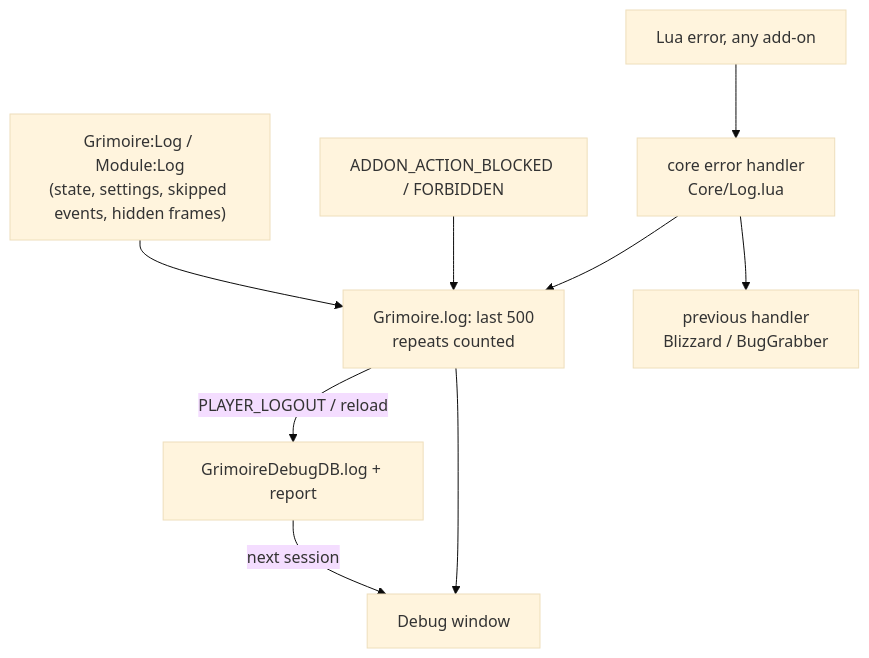
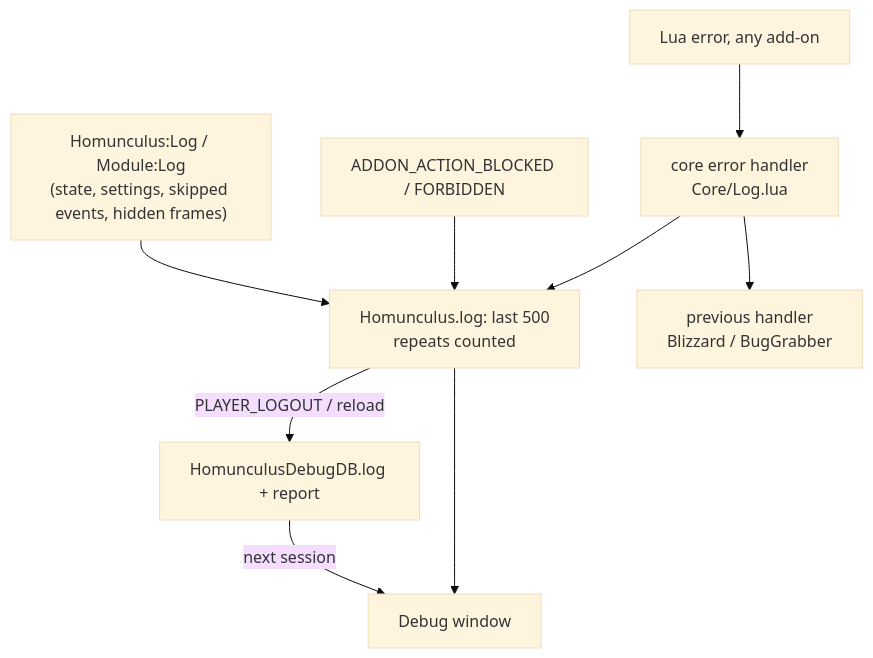
The second of 2 diagrams in docs/features/debug/README.md (PhillypHenning/grimoire), drawn with Mermaid (base theme) before and after one commit. The commit also changed other lines of this file and 178 other files, not shown here.

First line of the commit message:
Rename the suite from Grimoire to Homunculus (ADR 0010)

````diff
--- a/docs/features/debug/README.md
+++ b/docs/features/debug/README.md
@@ -22,10 +22,10 @@
 ```mermaid
 flowchart TD
-    E1[Lua error, any add-on] --> H[core error handler<br/>Core/Log.lua] --> L[Grimoire.log: last 500<br/>repeats counted]
+    E1[Lua error, any add-on] --> H[core error handler<br/>Core/Log.lua] --> L[Homunculus.log: last 500<br/>repeats counted]
     H --> P[previous handler<br/>Blizzard / BugGrabber]
     E2[ADDON_ACTION_BLOCKED / FORBIDDEN] --> L
-    E3["Grimoire:Log / Module:Log<br/>(state, settings, skipped events, hidden frames)"] --> L
+    E3["Homunculus:Log / Module:Log<br/>(state, settings, skipped events, hidden frames)"] --> L
     L --> W[Debug window]
-    L -- PLAYER_LOGOUT / reload --> S[GrimoireDebugDB.log + report]
+    L -- PLAYER_LOGOUT / reload --> S[HomunculusDebugDB.log + report]
     S -- next session --> W
 ```
````
